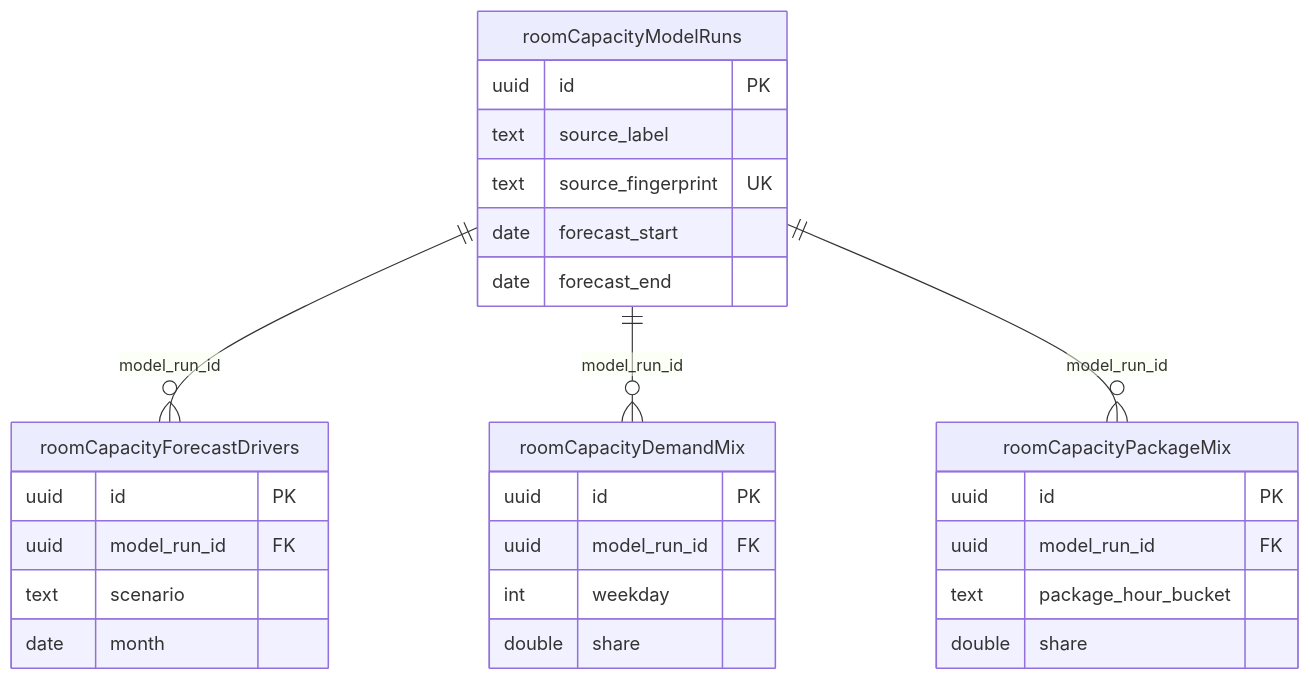
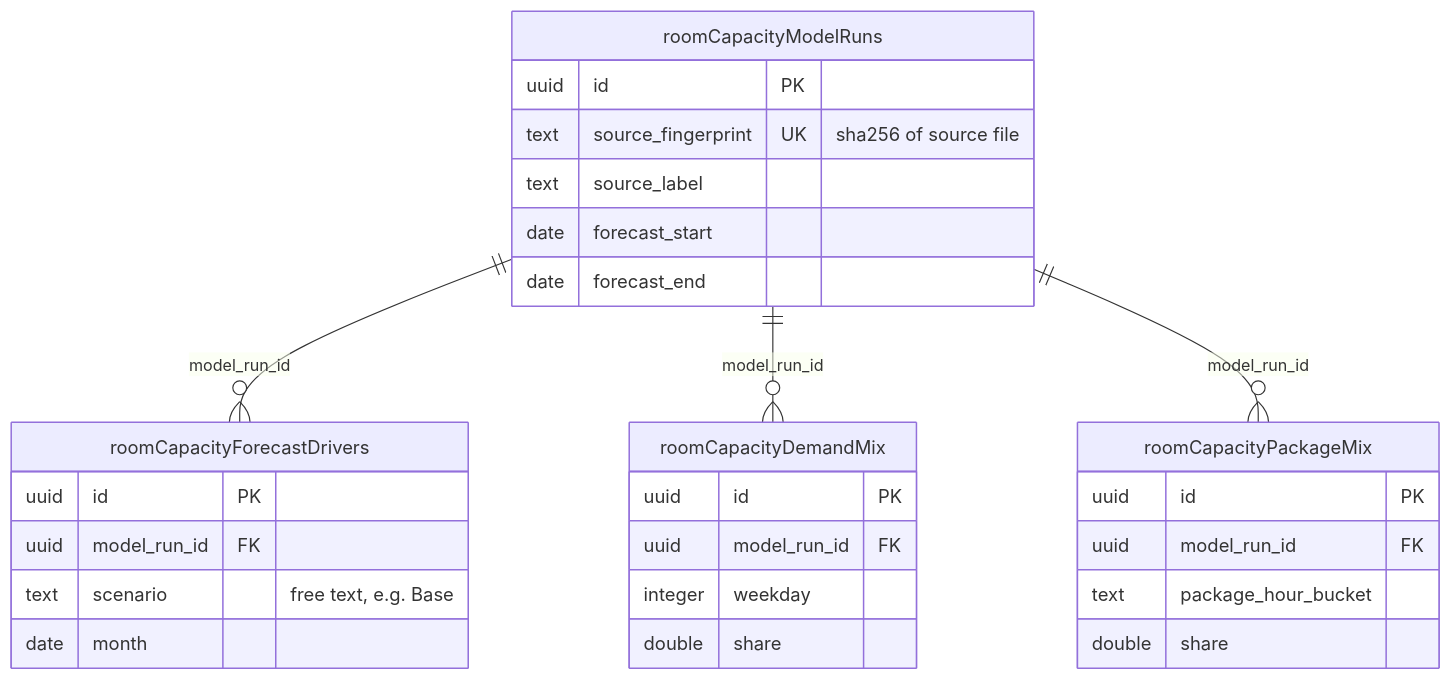
Before and after one commit to kasheesh711/bgscheduler: the diagram in docs/reference/database/erd-room-capacity.md, drawn with Mermaid. The commit also changed other lines of this file and 95 other files, not shown here.

````diff
--- a/docs/reference/database/erd-room-capacity.md
+++ b/docs/reference/database/erd-room-capacity.md
@@ -20,32 +25,35 @@
 ```mermaid
 erDiagram
     roomCapacityModelRuns {
         uuid id PK
+        text source_fingerprint UK "sha256 of source file"
         text source_label
-        text source_fingerprint UK
         date forecast_start
         date forecast_end
     }
+
     roomCapacityForecastDrivers {
         uuid id PK
         uuid model_run_id FK
-        text scenario
+        text scenario "free text, e.g. Base"
         date month
     }
+
     roomCapacityDemandMix {
         uuid id PK
         uuid model_run_id FK
-        int weekday
+        integer weekday
         double share
     }
+
     roomCapacityPackageMix {
         uuid id PK
         uuid model_run_id FK
         text package_hour_bucket
         double share
     }
 
     roomCapacityModelRuns ||--o{ roomCapacityForecastDrivers : "model_run_id"
     roomCapacityModelRuns ||--o{ roomCapacityDemandMix : "model_run_id"
     roomCapacityModelRuns ||--o{ roomCapacityPackageMix : "model_run_id"
 ```
````
